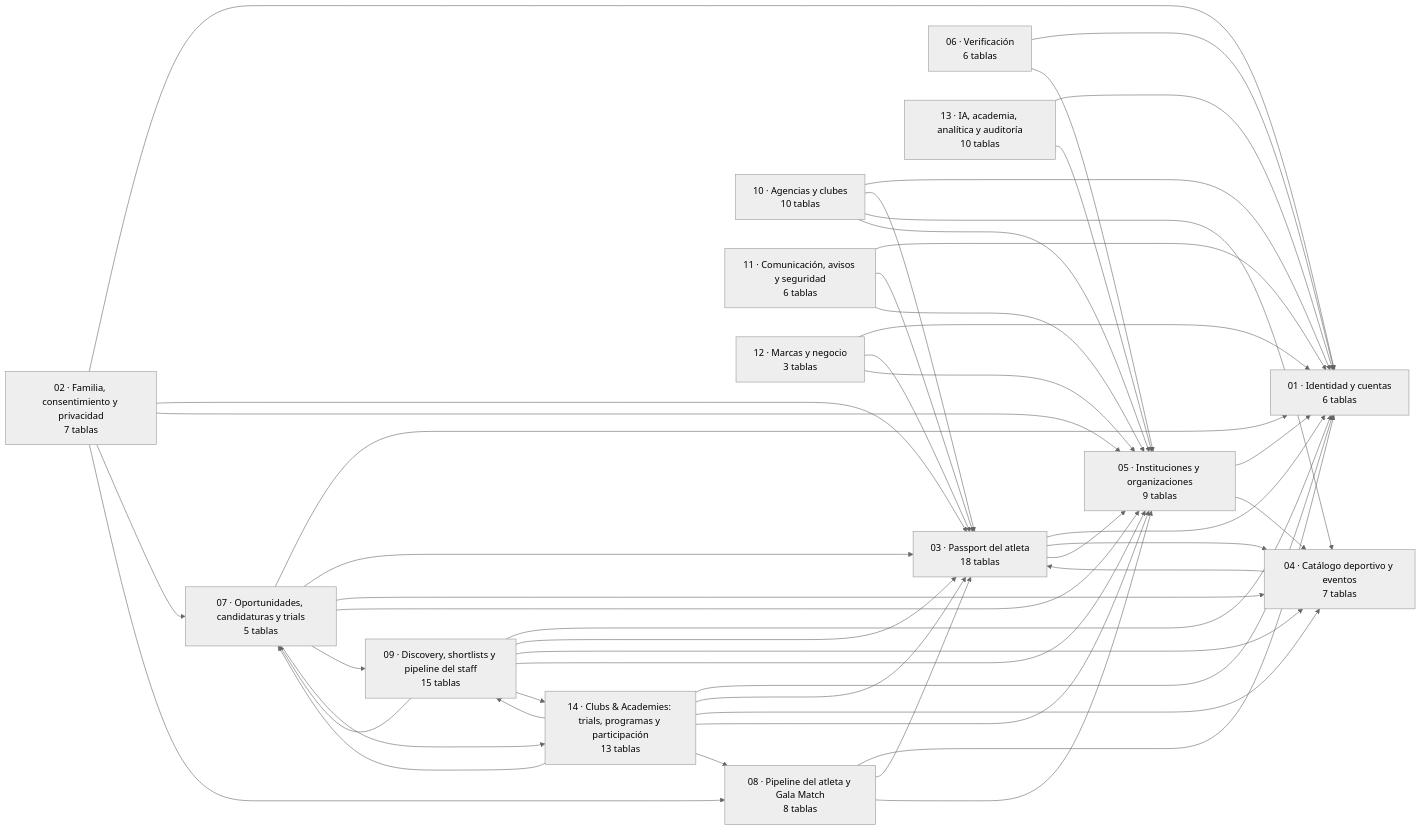
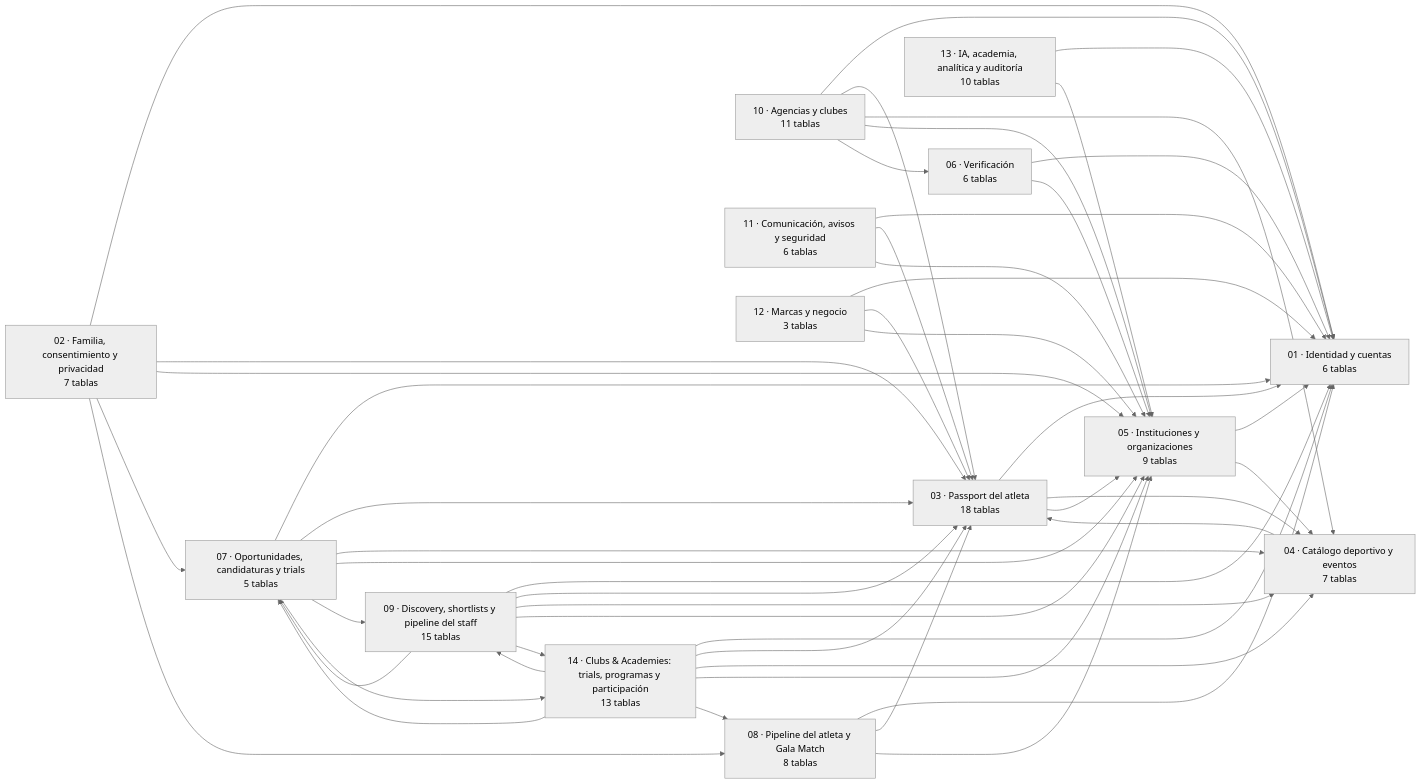
One commit to Galacamarena9/THE-GALA-ALLIANCE changed the first of 2 diagrams in docs/erd/00-MASTER.md. Above: the diagram before and after it, drawn with Mermaid (neutral theme). The commit also changed other lines of this file and 9 other files, not shown here.

````diff
--- a/docs/erd/00-MASTER.md
+++ b/docs/erd/00-MASTER.md
@@ -13,64 +13,65 @@
 ```mermaid
 flowchart LR
   D01["01 · Identidad y cuentas<br>6 tablas"]
   D02["02 · Familia, consentimiento y privacidad<br>7 tablas"]
   D03["03 · Passport del atleta<br>18 tablas"]
   D04["04 · Catálogo deportivo y eventos<br>7 tablas"]
   D05["05 · Instituciones y organizaciones<br>9 tablas"]
   D06["06 · Verificación<br>6 tablas"]
   D07["07 · Oportunidades, candidaturas y trials<br>5 tablas"]
   D08["08 · Pipeline del atleta y Gala Match<br>8 tablas"]
   D09["09 · Discovery, shortlists y pipeline del staff<br>15 tablas"]
-  D10["10 · Agencias y clubes<br>10 tablas"]
+  D10["10 · Agencias y clubes<br>11 tablas"]
   D11["11 · Comunicación, avisos y seguridad<br>6 tablas"]
   D12["12 · Marcas y negocio<br>3 tablas"]
   D13["13 · IA, academia, analítica y auditoría<br>10 tablas"]
   D14["14 · Clubs & Academies: trials, programas y participación<br>13 tablas"]
   D02 --> D01
   D02 --> D03
   D02 --> D05
   D02 --> D07
   D02 --> D08
   D03 --> D01
   D03 --> D04
   D03 --> D05
   D04 --> D03
   D05 --> D01
   D05 --> D04
   D06 --> D01
   D06 --> D05
   D07 --> D01
   D07 --> D03
   D07 --> D04
   D07 --> D05
   D07 --> D09
   D07 --> D14
   D08 --> D01
   D08 --> D03
   D08 --> D05
   D09 --> D01
   D09 --> D03
   D09 --> D04
   D09 --> D05
   D09 --> D07
   D09 --> D14
   D10 --> D01
   D10 --> D03
   D10 --> D04
   D10 --> D05
+  D10 --> D06
   D11 --> D01
   D11 --> D03
   D11 --> D05
   D12 --> D01
   D12 --> D03
   D12 --> D05
   D14 --> D01
   D14 --> D03
   D14 --> D04
   D14 --> D05
   D14 --> D07
   D14 --> D08
   D14 --> D09
   D13 --> D01
   D13 --> D05
 ```
````
